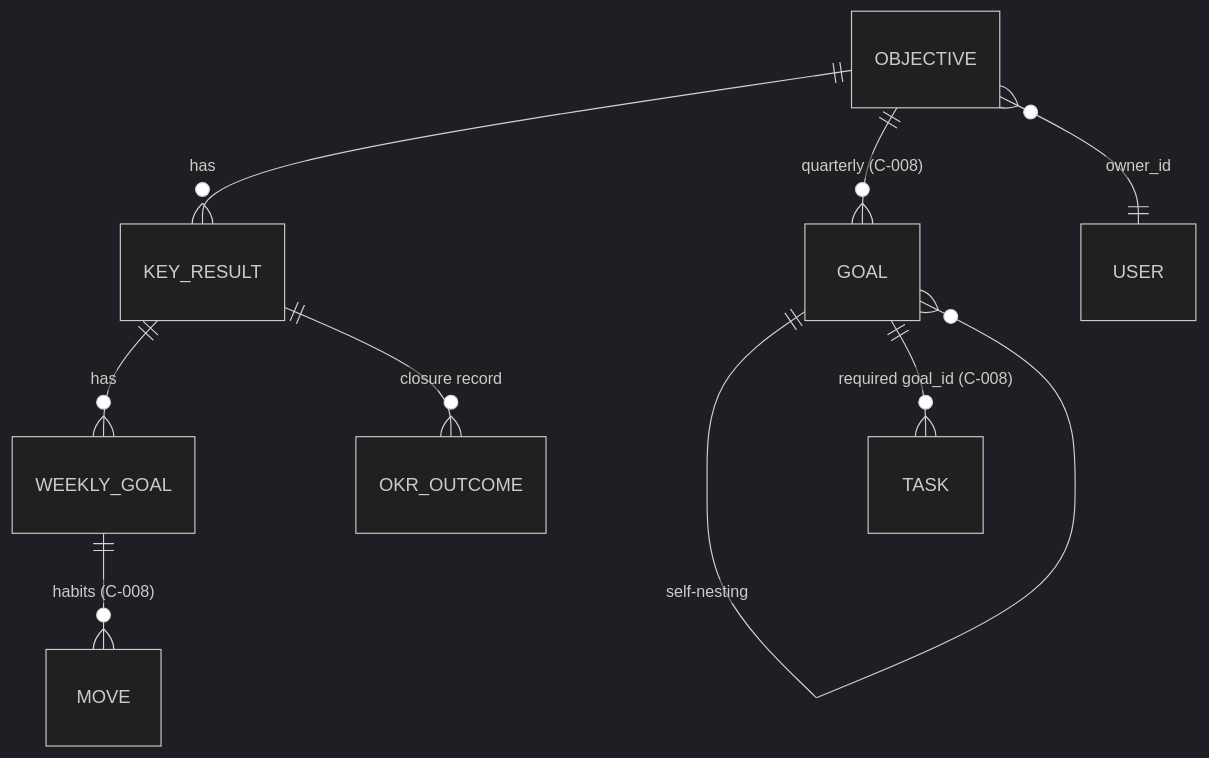
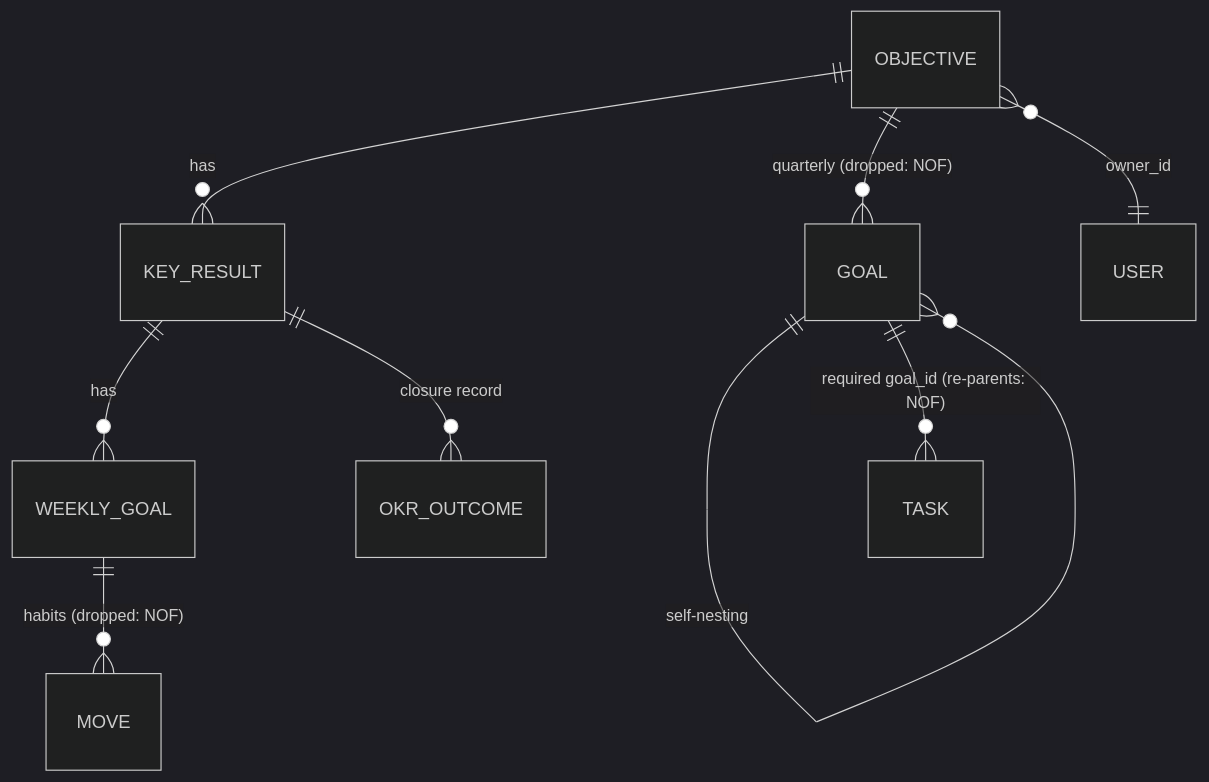
Before and after one commit to bramhilabs-us/nexus: the second of 3 diagrams in NEXUS_STRATEGY/2-TECHNICAL/DATA_MODELS.md, drawn with Mermaid (dark theme). The commit also changed other lines of this file and 17 other files, not shown here.

First line of the commit message:
nof: ratify the Nexus Objective Framework (C-008) + Karvia reflection gate (C-009)

````diff
--- a/NEXUS_STRATEGY/2-TECHNICAL/DATA_MODELS.md
+++ b/NEXUS_STRATEGY/2-TECHNICAL/DATA_MODELS.md
@@ -76,11 +74,11 @@
 ```mermaid
 erDiagram
     OBJECTIVE ||--o{ KEY_RESULT : has
-    OBJECTIVE ||--o{ GOAL : "quarterly (C-008)"
+    OBJECTIVE ||--o{ GOAL : "quarterly (dropped: NOF)"
     GOAL ||--o{ GOAL : "self-nesting"
-    GOAL ||--o{ TASK : "required goal_id (C-008)"
+    GOAL ||--o{ TASK : "required goal_id (re-parents: NOF)"
     KEY_RESULT ||--o{ WEEKLY_GOAL : has
-    WEEKLY_GOAL ||--o{ MOVE : "habits (C-008)"
+    WEEKLY_GOAL ||--o{ MOVE : "habits (dropped: NOF)"
     KEY_RESULT ||--o{ OKR_OUTCOME : "closure record"
     OBJECTIVE }o--|| USER : owner_id
 ```
````
